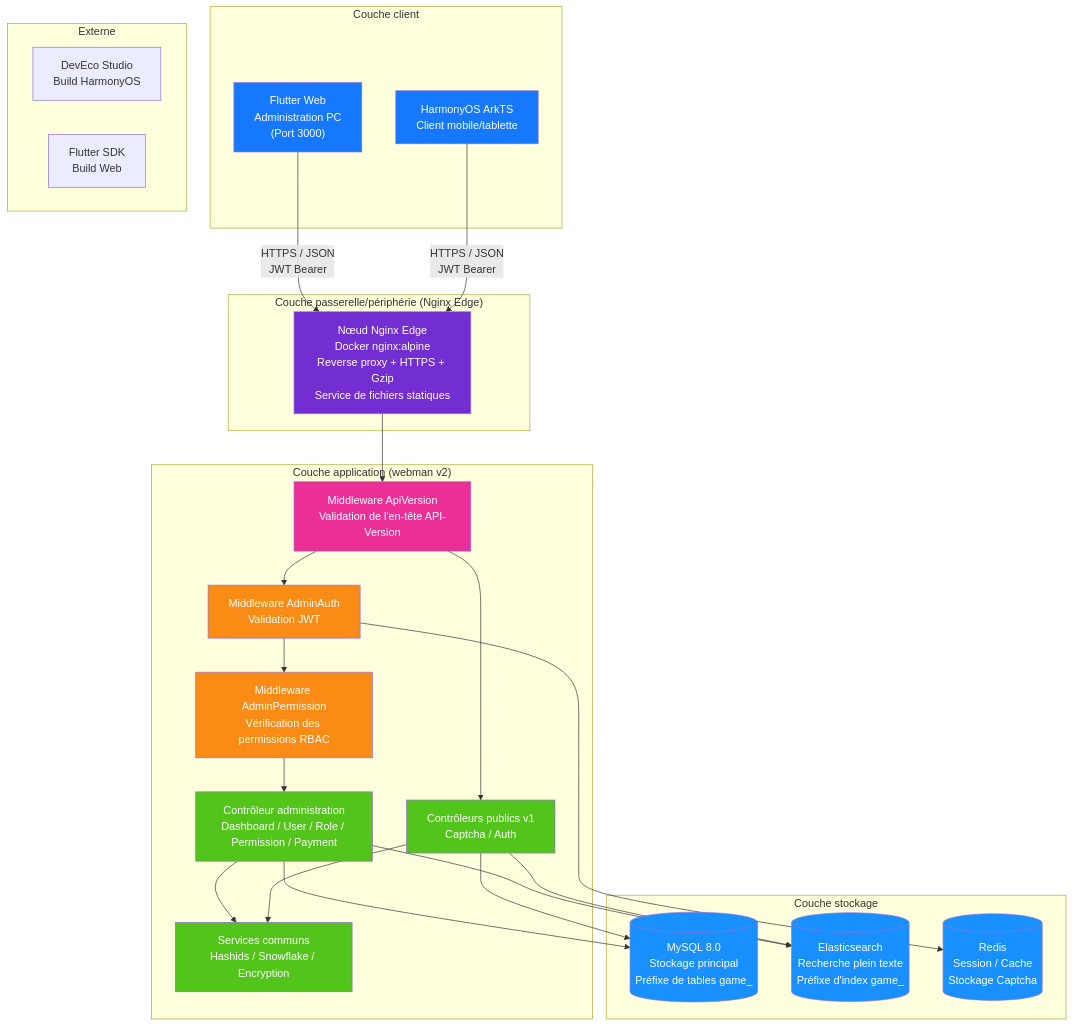
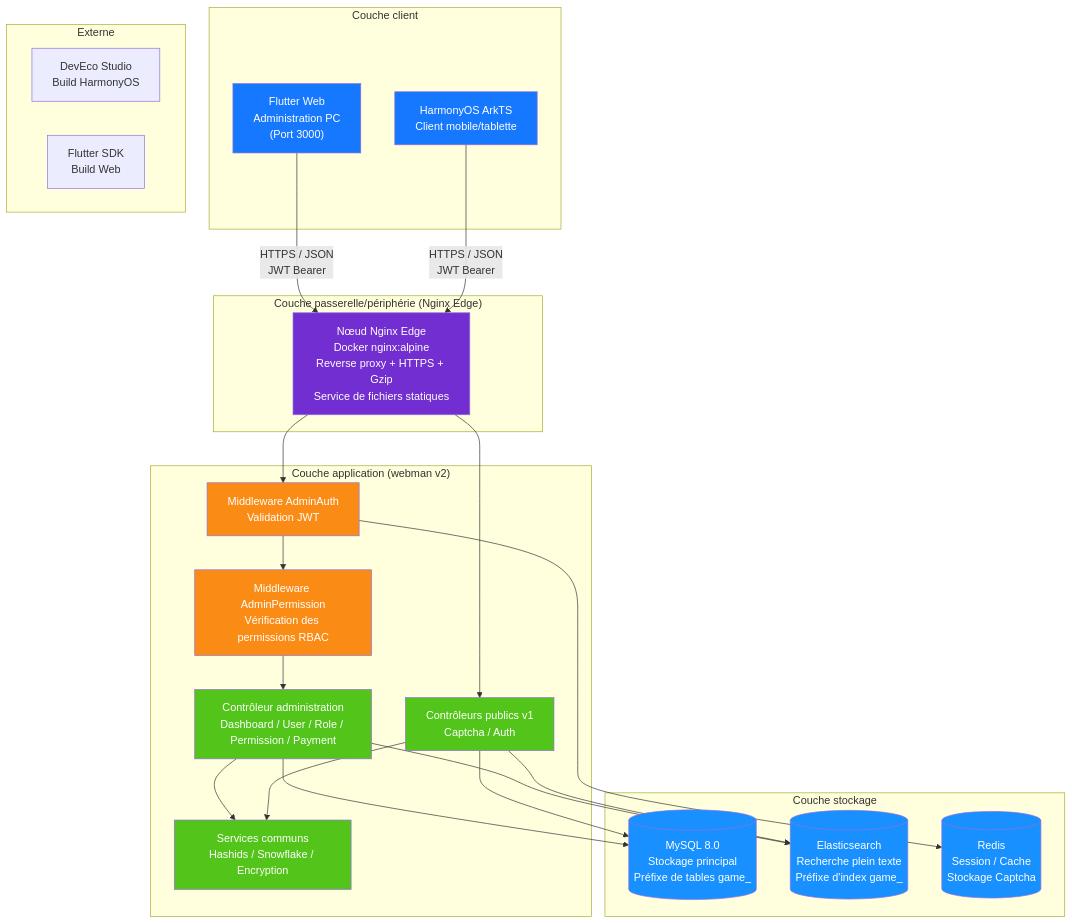
The first of 14 diagrams in admin/docs/ARCHITECTURE.fr.md (erikwang2013/game-platform-php), drawn with Mermaid before and after one commit. The commit also changed other lines of this file and 93 other files, not shown here.

````diff
--- a/admin/docs/ARCHITECTURE.fr.md
+++ b/admin/docs/ARCHITECTURE.fr.md
@@ -15,59 +15,56 @@
 ```mermaid
 flowchart TB
     subgraph "Couche client"
         A1["Flutter Web<br/>Administration PC<br/>(Port 3000)"]
         A2["HarmonyOS ArkTS<br/>Client mobile/tablette"]
     end
 
     subgraph "Couche passerelle/périphérie (Nginx Edge)"
         B1["Nœud Nginx Edge<br/>Docker nginx:alpine<br/>Reverse proxy + HTTPS + Gzip<br/>Service de fichiers statiques"]
     end
 
     subgraph "Couche application (webman v2)"
-        C0["Middleware ApiVersion<br/>Validation de l'en-tête API-Version"]
         C1["Middleware AdminAuth<br/>Validation JWT"]
         C2["Middleware AdminPermission<br/>Vérification des permissions RBAC"]
         C3["Contrôleur administration<br/>Dashboard / User / Role / Permission / Payment"]
         C4["Contrôleurs publics v1<br/>Captcha / Auth"]
         C5["Services communs<br/>Hashids / Snowflake / Encryption"]
     end
 
     subgraph "Couche stockage"
         D1[("MySQL 8.0<br/>Stockage principal<br/>Préfixe de tables game_")]
         D2[("Elasticsearch<br/>Recherche plein texte<br/>Préfixe d'index game_")]
         D3[("Redis<br/>Session / Cache<br/>Stockage Captcha")]
     end
 
     subgraph "Externe"
         E1["DevEco Studio<br/>Build HarmonyOS"]
         E2["Flutter SDK<br/>Build Web"]
     end
 
     A1 -->|"HTTPS / JSON<br/>JWT Bearer"| B1
     A2 -->|"HTTPS / JSON<br/>JWT Bearer"| B1
-    B1 --> C0
-    C0 --> C1
+    B1 --> C1
     C1 --> C2
     C2 --> C3
-    C0 --> C4
+    B1 --> C4
     C3 --> C5
     C4 --> C5
     C3 --> D1
     C4 --> D1
     C3 --> D2
     C4 --> D2
     C1 --> D3
 
     style A1 fill:#1677FF,color:#fff
     style A2 fill:#1677FF,color:#fff
     style B1 fill:#722ED1,color:#fff
-    style C0 fill:#EB2F96,color:#fff
     style C1 fill:#FA8C16,color:#fff
     style C2 fill:#FA8C16,color:#fff
     style C3 fill:#52C41A,color:#fff
     style C4 fill:#52C41A,color:#fff
     style C5 fill:#52C41A,color:#fff
     style D1 fill:#1890FF,color:#fff
     style D2 fill:#1890FF,color:#fff
     style D3 fill:#1890FF,color:#fff
 ```
````
